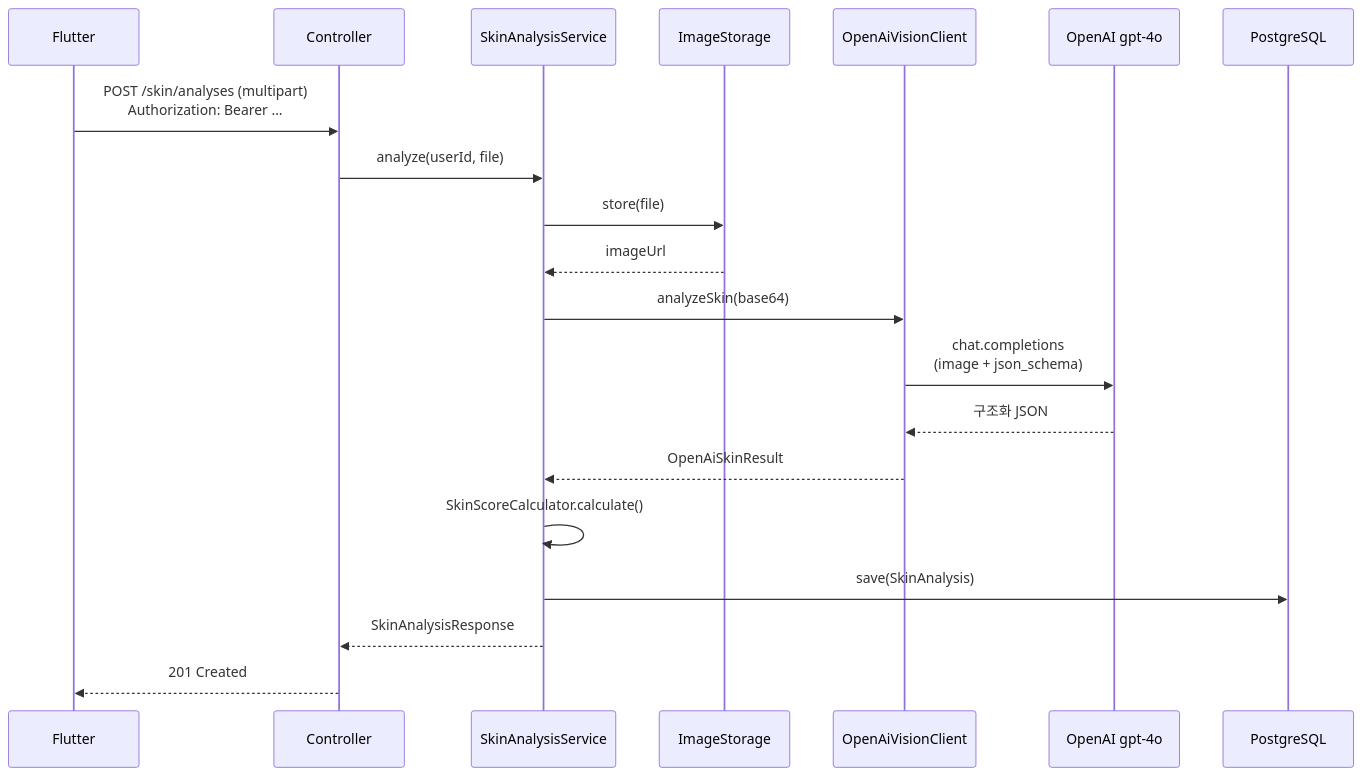
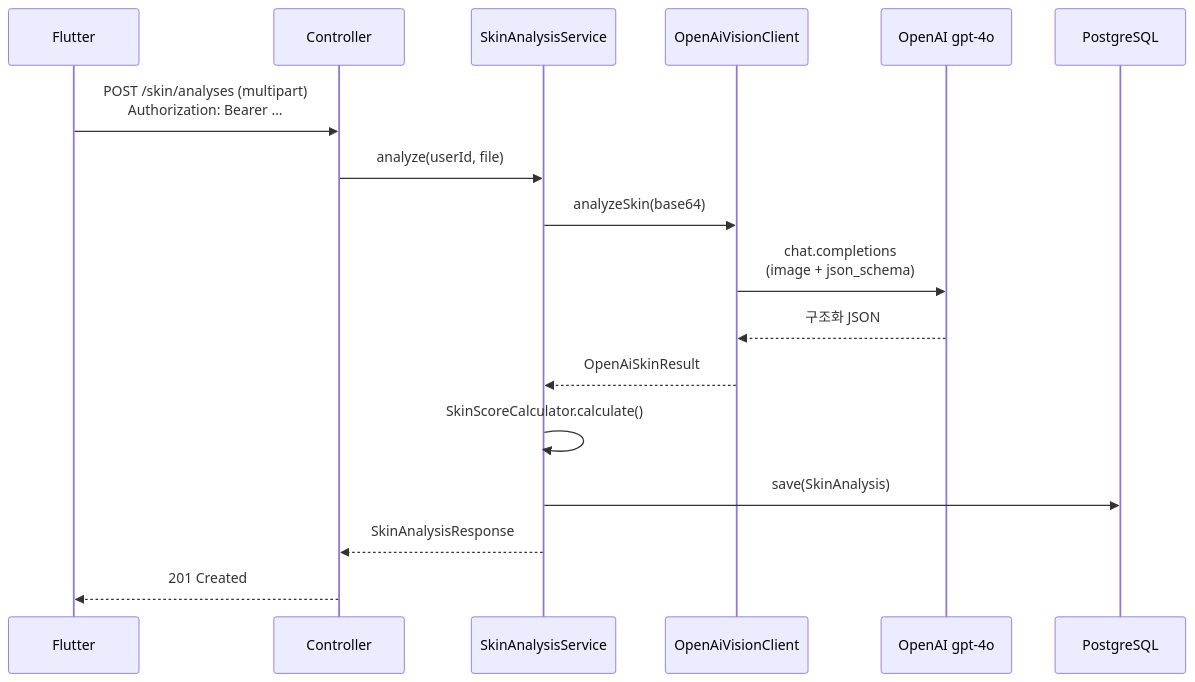
The sixth of 8 diagrams in SkinPlate_PRD.md (LikeLion-DU/Skinpick-backend), drawn with Mermaid before and after one commit. The commit also changed other lines of this file and 4 other files, not shown here.

````diff
--- a/SkinPlate_PRD.md
+++ b/SkinPlate_PRD.md
@@ -2634,23 +2648,20 @@
 ```mermaid
 sequenceDiagram
     participant F as Flutter
     participant C as Controller
     participant S as SkinAnalysisService
-    participant ST as ImageStorage
     participant O as OpenAiVisionClient
     participant AI as OpenAI gpt-4o
     participant D as PostgreSQL
 
     F->>C: POST /skin/analyses (multipart)<br/>Authorization: Bearer …
     C->>S: analyze(userId, file)
-    S->>ST: store(file)
-    ST-->>S: imageUrl
     S->>O: analyzeSkin(base64)
     O->>AI: chat.completions<br/>(image + json_schema)
     AI-->>O: 구조화 JSON
     O-->>S: OpenAiSkinResult
     S->>S: SkinScoreCalculator.calculate()
     S->>D: save(SkinAnalysis)
     S-->>C: SkinAnalysisResponse
     C-->>F: 201 Created
 ```
````
